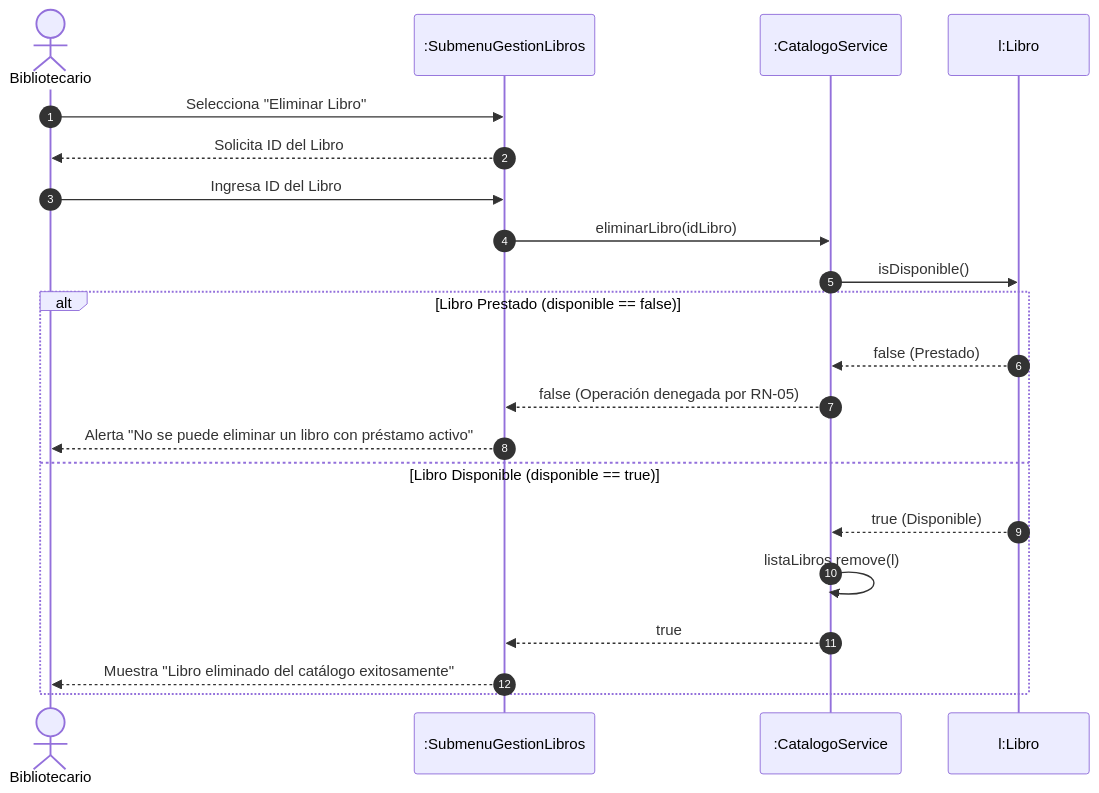
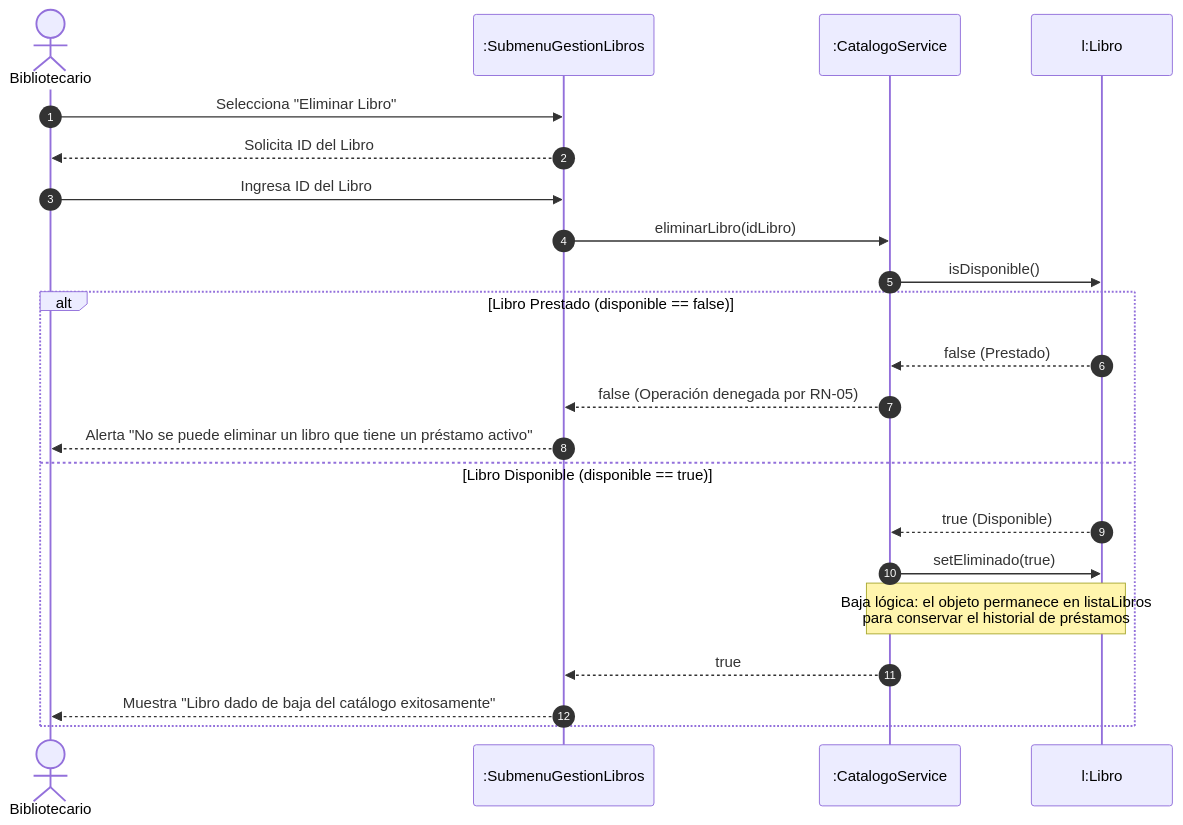
One commit to JuacHomeroC12/Gestion-de-biblioteca-virtual- changed the fifth of 8 diagrams in docs/fase3_diseno_uml.md. Above: the diagram before and after it, drawn with Mermaid. The commit also changed other lines of this file, not shown here.

First line of the commit message:
docs(fase3): modelar baja logica del libro en clases y secuencias

````diff
--- a/docs/fase3_diseno_uml.md
+++ b/docs/fase3_diseno_uml.md
@@ -335,25 +342,26 @@
 ```mermaid
 sequenceDiagram
     autonumber
     actor B as Bibliotecario
     participant V as :SubmenuGestionLibros
     participant C as :CatalogoService
     participant L as l:Libro
 
     B ->> V: Selecciona "Eliminar Libro"
     V -->> B: Solicita ID del Libro
     B ->> V: Ingresa ID del Libro
     V ->> C: eliminarLibro(idLibro)
     
     C ->> L: isDisponible()
     alt Libro Prestado (disponible == false)
         L -->> C: false (Prestado)
         C -->> V: false (Operación denegada por RN-05)
-        V -->> B: Alerta "No se puede eliminar un libro con préstamo activo"
+        V -->> B: Alerta "No se puede eliminar un libro que tiene un préstamo activo"
     else Libro Disponible (disponible == true)
         L -->> C: true (Disponible)
-        C ->> C: listaLibros.remove(l)
+        C ->> L: setEliminado(true)
+        Note over C,L: Baja lógica: el objeto permanece en listaLibros<br/>para conservar el historial de préstamos
         C -->> V: true
-        V -->> B: Muestra "Libro eliminado del catálogo exitosamente"
+        V -->> B: Muestra "Libro dado de baja del catálogo exitosamente"
     end
 ```
````
